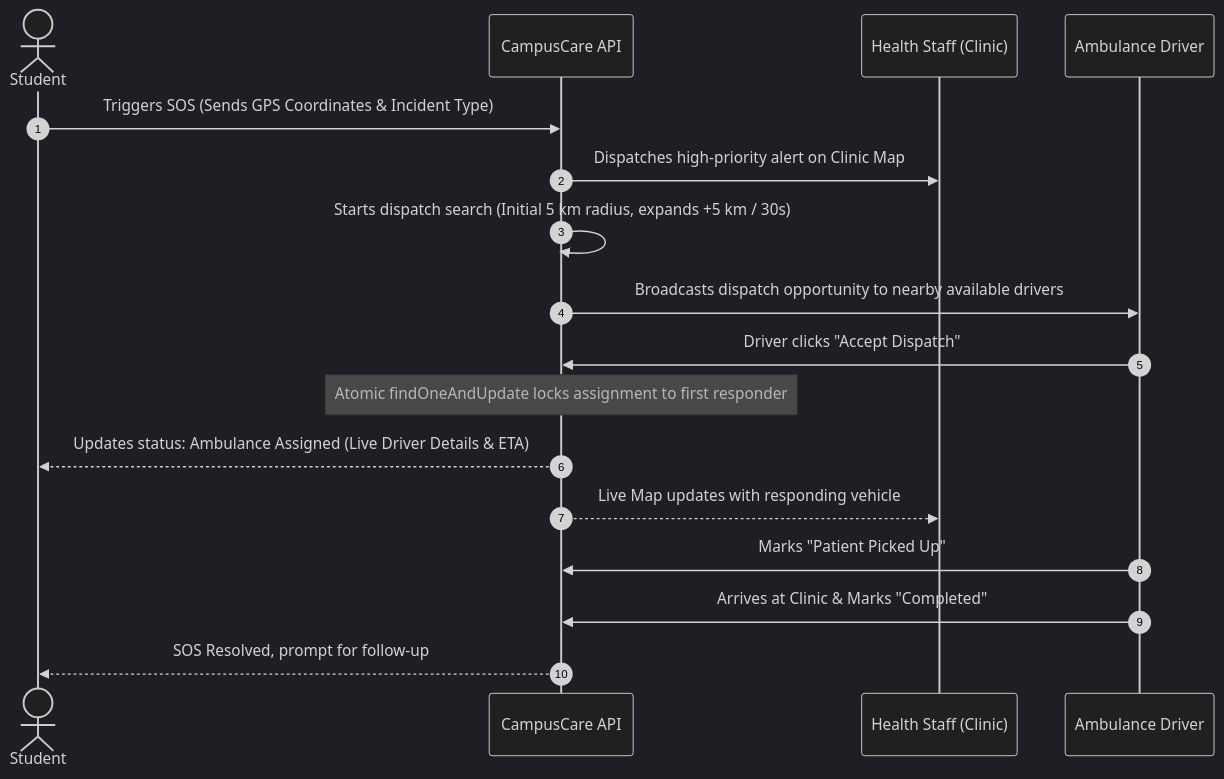
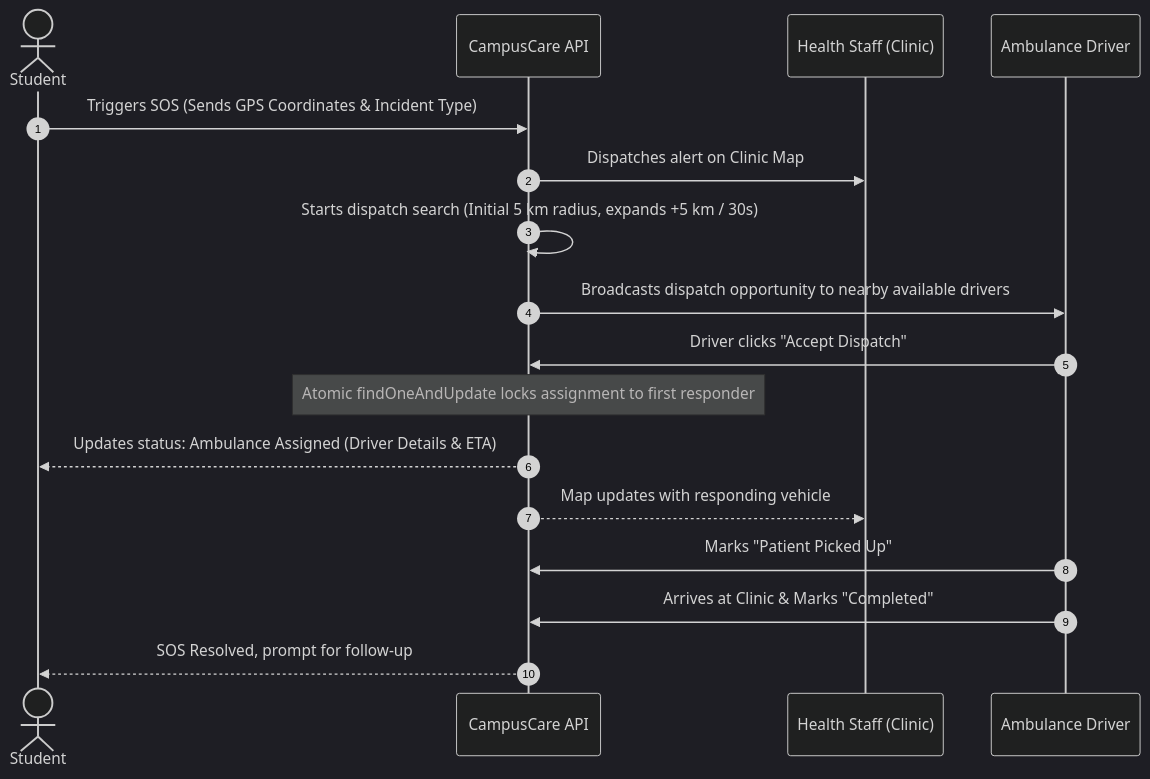
Before and after one commit to ashwaniipandey/campuscare: the first of 2 diagrams in README.md, drawn with Mermaid (dark theme). The commit also changed other lines of this file, not shown here.

````diff
--- a/README.md
+++ b/README.md
@@ -72,20 +72,20 @@
 ```mermaid
 sequenceDiagram
     autonumber
     actor Student
     participant System as CampusCare API
     participant Staff as Health Staff (Clinic)
     participant Driver as Ambulance Driver
 
     Student->>System: Triggers SOS (Sends GPS Coordinates & Incident Type)
-    System->>Staff: Dispatches high-priority alert on Clinic Map
+    System->>Staff: Dispatches alert on Clinic Map
     System->>System: Starts dispatch search (Initial 5 km radius, expands +5 km / 30s)
     System->>Driver: Broadcasts dispatch opportunity to nearby available drivers
     Driver->>System: Driver clicks "Accept Dispatch"
     Note over System: Atomic findOneAndUpdate locks assignment to first responder
-    System-->>Student: Updates status: Ambulance Assigned (Live Driver Details & ETA)
-    System-->>Staff: Live Map updates with responding vehicle
+    System-->>Student: Updates status: Ambulance Assigned (Driver Details & ETA)
+    System-->>Staff: Map updates with responding vehicle
     Driver->>System: Marks "Patient Picked Up"
     Driver->>System: Arrives at Clinic & Marks "Completed"
     System-->>Student: SOS Resolved, prompt for follow-up
 ```
````
